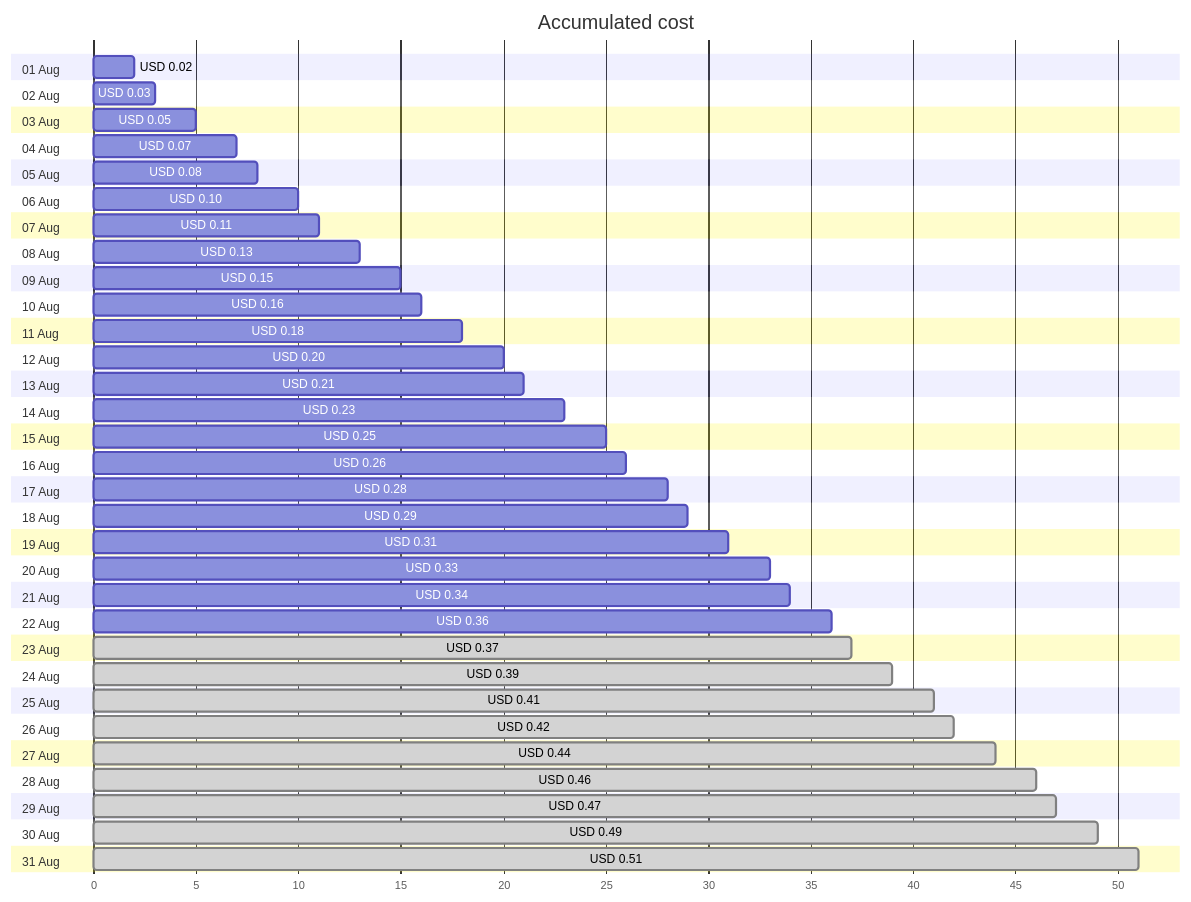
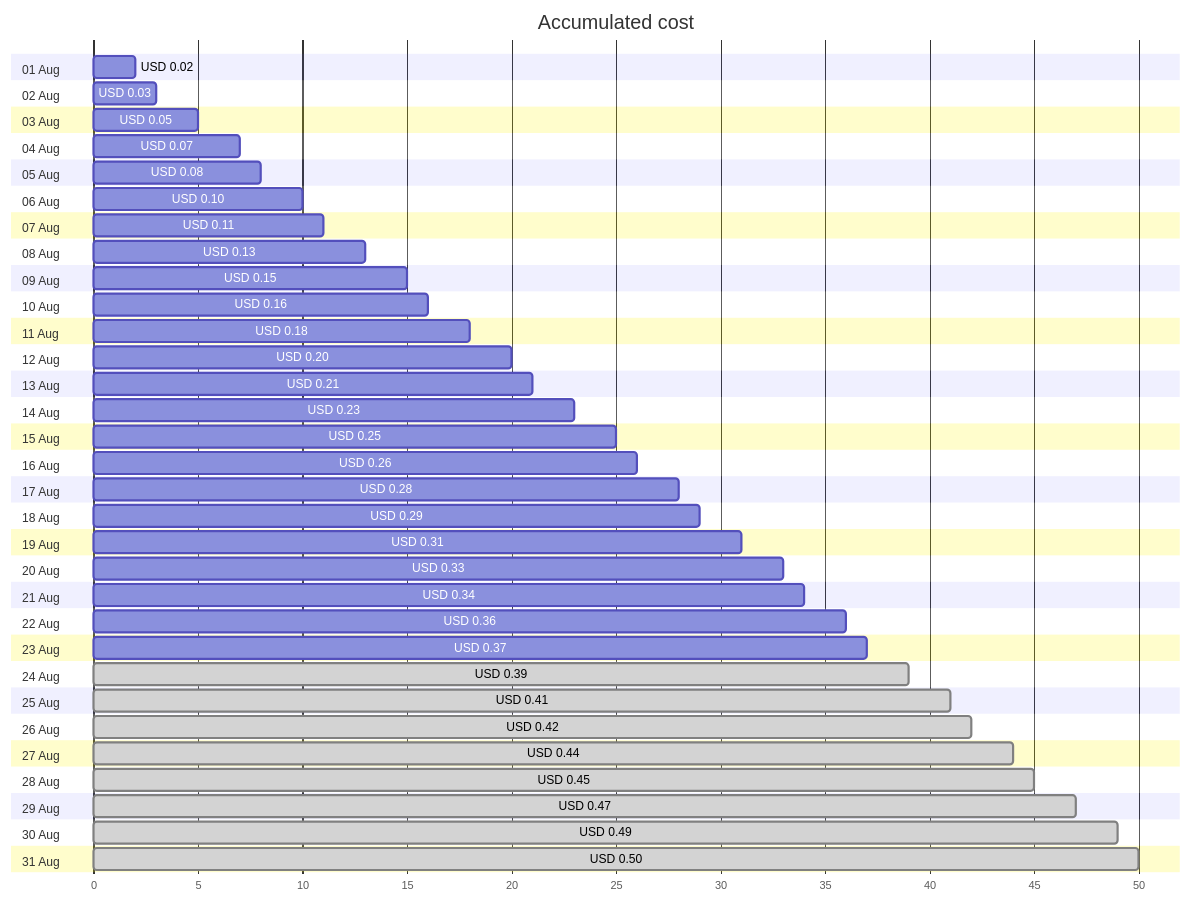
Before and after one commit to jpfulton/azure-personal-reports: the first of 4 diagrams in cost-reports/personal-dns/jpatrickfulton.com.md, drawn with Mermaid. The commit also changed other lines of this file and 2 other files, not shown here.

````diff
--- a/cost-reports/personal-dns/jpatrickfulton.com.md
+++ b/cost-reports/personal-dns/jpatrickfulton.com.md
@@ -20,68 +20,68 @@
 ```mermaid
 gantt
    title Accumulated cost
    dateFormat  X
    axisFormat %s
    section 01 Aug
    USD 0.02 :0, 2
    section 02 Aug
    USD 0.03 :0, 3
    section 03 Aug
    USD 0.05 :0, 5
    section 04 Aug
    USD 0.07 :0, 7
    section 05 Aug
    USD 0.08 :0, 8
    section 06 Aug
    USD 0.10 :0, 10
    section 07 Aug
    USD 0.11 :0, 11
    section 08 Aug
    USD 0.13 :0, 13
    section 09 Aug
    USD 0.15 :0, 15
    section 10 Aug
    USD 0.16 :0, 16
    section 11 Aug
    USD 0.18 :0, 18
    section 12 Aug
    USD 0.20 :0, 20
    section 13 Aug
    USD 0.21 :0, 21
    section 14 Aug
    USD 0.23 :0, 23
    section 15 Aug
    USD 0.25 :0, 25
    section 16 Aug
    USD 0.26 :0, 26
    section 17 Aug
    USD 0.28 :0, 28
    section 18 Aug
    USD 0.29 :0, 29
    section 19 Aug
    USD 0.31 :0, 31
    section 20 Aug
    USD 0.33 :0, 33
    section 21 Aug
    USD 0.34 :0, 34
    section 22 Aug
    USD 0.36 :0, 36
    section 23 Aug
-   USD 0.37 : done, 0, 37
+   USD 0.37 :0, 37
    section 24 Aug
    USD 0.39 : done, 0, 39
    section 25 Aug
    USD 0.41 : done, 0, 41
    section 26 Aug
    USD 0.42 : done, 0, 42
    section 27 Aug
    USD 0.44 : done, 0, 44
    section 28 Aug
-   USD 0.46 : done, 0, 46
+   USD 0.45 : done, 0, 45
    section 29 Aug
    USD 0.47 : done, 0, 47
    section 30 Aug
    USD 0.49 : done, 0, 49
    section 31 Aug
-   USD 0.51 : done, 0, 51
+   USD 0.50 : done, 0, 50
 ```
````
